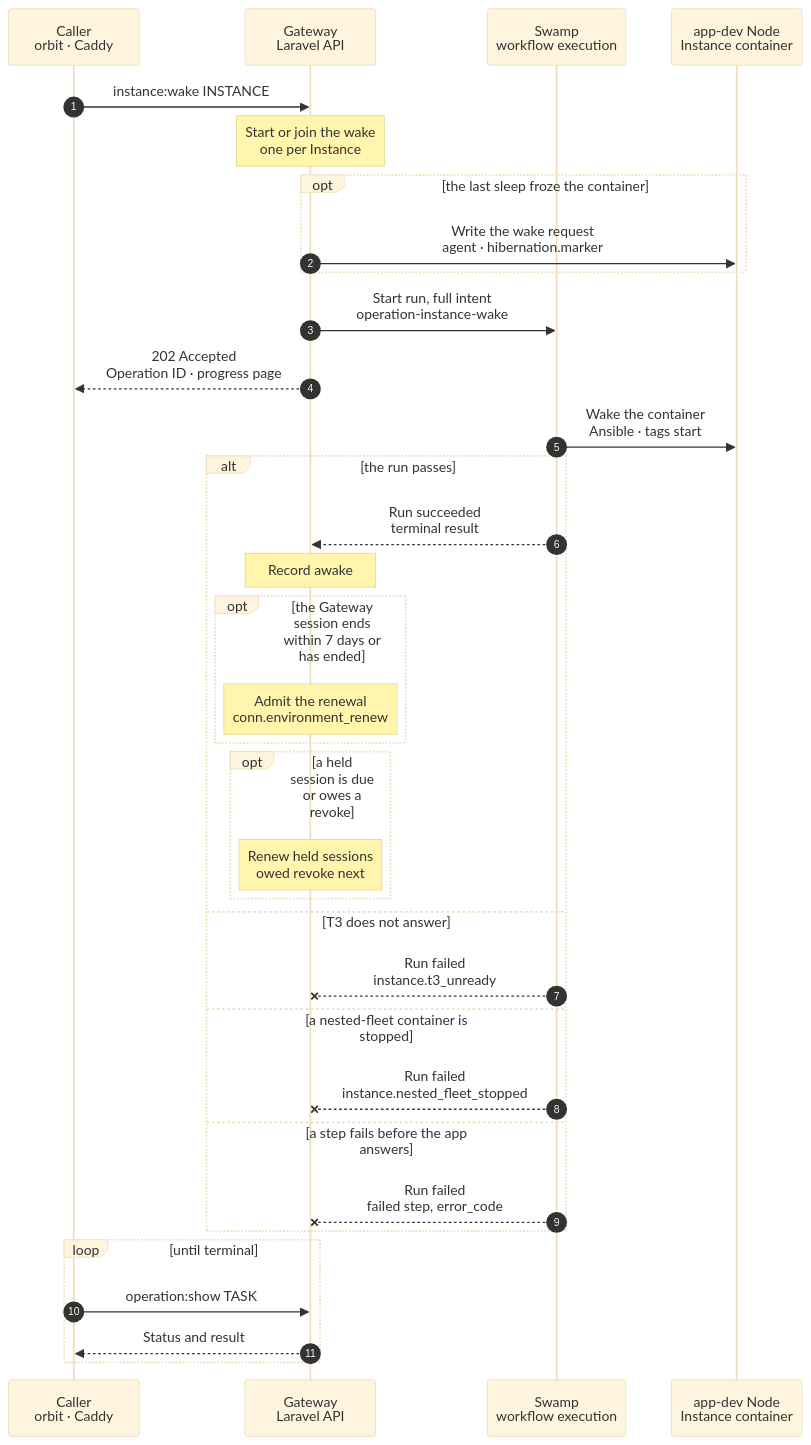
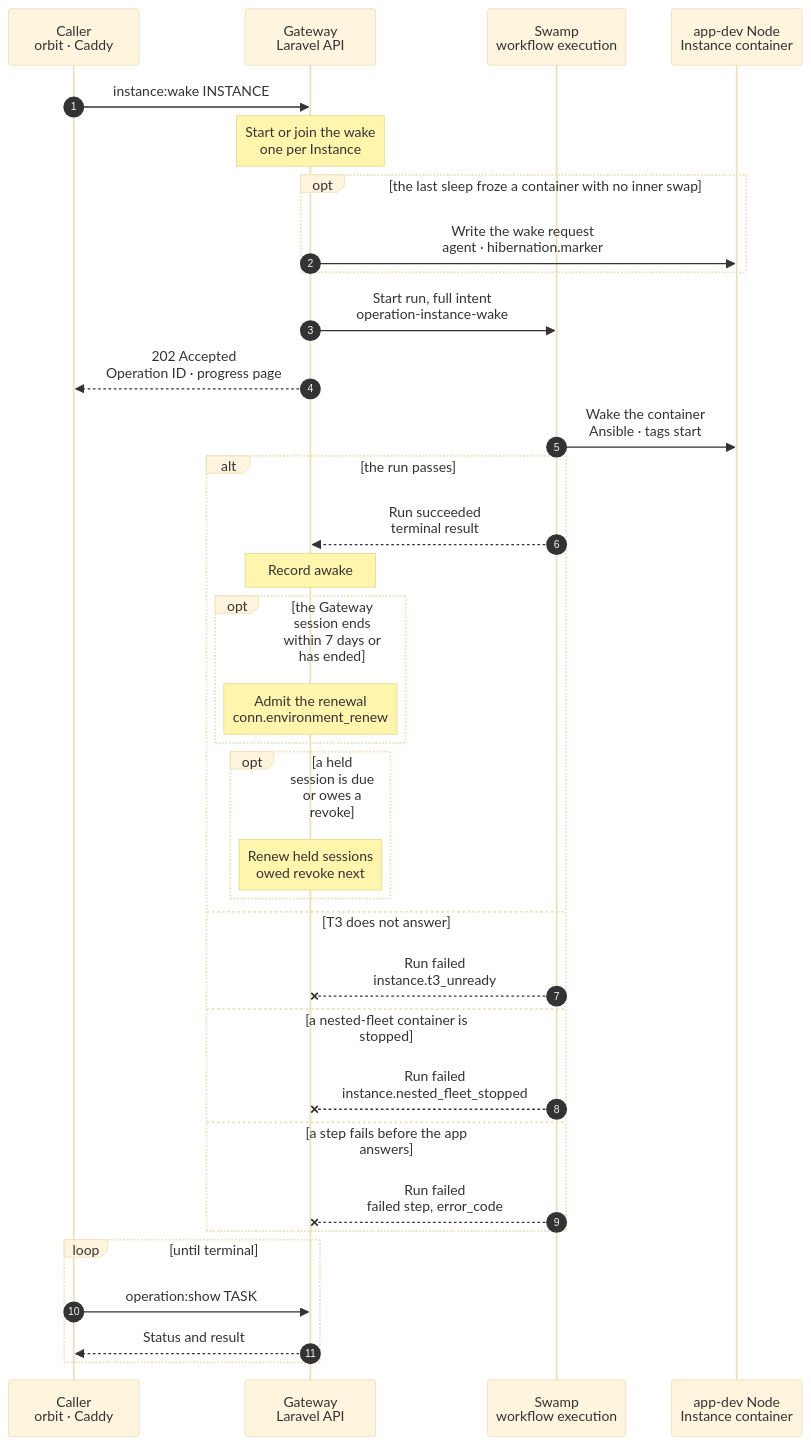
One commit to hardimpactdev/orbit changed the diagram in docs/cli/instance/wake.mmd. Above: the diagram before and after it, drawn with Mermaid (base theme). The commit also changed 6 other files, not shown here.

First line of the commit message:
docs: wake script unchanged, a deployment counts as activity, a vanished cgroup never fails a wake

```diff
--- a/docs/cli/instance/wake.mmd
+++ b/docs/cli/instance/wake.mmd
@@ -1,131 +1,133 @@
 sequenceDiagram
   %% Container runtime (ADR 0250 step 8, docs/reference/development-containers.md#sleep-and-wake): resume a sleeping development container, or start one that was stopped. Defaults and nested-fleet Instances wake under the same rule as clones (owner decision 2026-11-14); a stopped nested-fleet Instance is never booted here. A request to its Route admits the same kind through the runtime activation endpoint of docs/reference/app-dev-runtime-hibernation.md#wake.
   %% status: draft
   %% command: instance:wake
   %% kind: instance.wake
   autonumber
   %% lane CL icon=terminal pill=caller tone=gray
   %% lane GW icon=gateway pill=intent tone=blue
   %% lane SW icon=workflow pill=executes tone=green
   %% lane N icon=server pill=target tone=amber
   participant CL as Caller<br/>orbit · Caddy
   participant GW as Gateway<br/>Laravel API
   participant SW as Swamp<br/>workflow execution
   participant N as app-dev Node<br/>Instance container
   CL->>GW: instance:wake INSTANCE
   %%> Command:
   %%> - `orbit instance:wake INSTANCE`
   %%> - syntax: `<instance-id> [--json]`
   %%> Callers:
   %%> - the command
   %%> - Caddy on the Instance's Node, when a request finds the asleep marker: `GET runtime-activations/app-instance/ID`
   %%> - planned: a Conn device that opens the T3 server, and the task flow before a turn on an attached Instance
   %%> - not needed by a copy: a clone or task copy of an asleep default copies its seed snapshot
   %%> - a deployment of a sleeping Instance resumes or starts it in its own run, and removes the marker there
   %%> Requirements:
   %%> - the caller is the Instance's Node or has node access to it
   Note over GW: Start or join the wake<br/>one per Instance
   %%> When:
   %%> - an active development container, a default and a nested-fleet Instance included
   %%> - a nested-fleet Instance takes the wake only when its last sleep froze it and no wake since found it stopped; otherwise a nested-fleet clone takes its start (instance/start.mmd) and a nested-fleet default refuses: only its deployment starts it
   %%> Result:
   %%> - an open wake of the Instance is joined: a second caller gets the same Operation, Caddy the same progress page
   %%> - after a failed wake, Caddy gets the failure page with Try again until a retry or the command starts a new wake
   %%> On failure:
   %%> - no container, a non-development Instance, a nested-fleet default whose last sleep did not freeze it, or other lifecycle work starts no run
-  opt the last sleep froze the container
+  opt the last sleep froze a container with no inner swap
     %% path: resume
     GW->>N: Write the wake request<br/>agent · hibernation.marker
     %%> What it does:
     %%> - the Operation is recorded without its run; the Node calls run after its commit
     %%> - the frozen agent's `hibernation.marker` writes `/dev/shm/orbit/hibernation/app-instance-<id>.wake`; only root writes in that folder
-    %%> - the app-dev role's script, started by a systemd path unit, acts only on `instance-<id>` of `orbit-instances` or `orbit-instances-nested` found Frozen with its asleep marker and a request under 1 s old: `incus resume`, `memory.swap.max` 0 on the container's cgroup and on each cgroup the sleep recorded in `app-instance-<id>.swap`, one request to FrankenPHP for an answer below 500 (1.5 s at most), then it removes the marker, writes `app-instance-<id>.resumed`, and rebuilds a stale library cache and CA bundle as the run does
+    %%> - the app-dev role's script, started by a systemd path unit, acts only on `instance-<id>` of `orbit-instances` found Frozen with its asleep marker and a request under 1 s old: `incus resume`, `memory.swap.max` 0 on the container's cgroup, one request to FrankenPHP for an answer below 500 (1.5 s at most), then it removes the marker, writes `app-instance-<id>.resumed`, and rebuilds a stale library cache and CA bundle as the run does
     %%> - the Gateway reads the request folder and the marker with `hibernation.times` until the resume shows, within 3 s
+    %%> When:
+    %%> - not for a nested-fleet Instance, and not when the last sleep opened inner cgroups (its result's `swap_subtree` above 0): the script closes only the container's own cgroup, and a change to it needs an `app-dev` converge; these wakes take the run
     %%> Why:
     %%> - measured on a frozen clone: the resume takes 0.02 s and the web probe 0.4 s, but the run's start-up and playbook took 8-13 s of the 9-19 s a visitor waited
     %%> - the agent stays frozen (ADR 0253): two of its existing commands carry the request and the answer
     %%> Result:
     %%> - resumed: the Operation succeeds here with `wake: resumed`, `trigger_seconds` and `confirm_seconds`; `power_state` is `running`; Conn's renewal below runs as after a run
     %%> - Caddy gets 307 to the same path: the browser sends the request again, with its method and body, and gets the app
     %%> - an API caller gets 202 with the ended Operation
     %%> - a caller who joins this wake waits for it up to the bound, then gets the same answer
     %%> On failure:
     %%> - the Node has no script (its first read also asks for it; the Node then skips this path for 10 minutes), the script declined (another state, FrankenPHP silent), an agent call or the Gateway failed, or the bound passed: the Gateway removes the request, and the same Operation starts the run below
     %%> - a Gateway worker that dies here: a delayed start runs the same Operation's run 15 s later
     %%> - a cancel during the resume keeps the Operation cancelled
   end
   GW->>SW: Start run, full intent<br/>operation-instance-wake
   GW-->>CL: 202 Accepted<br/>Operation ID · progress page
   SW->>N: Wake the container<br/>Ansible · tags start
   %%> What it does:
-  %%> - Frozen: `incus resume`, `memory.swap.max` back to 0 on the container's cgroup and on each cgroup the sleep recorded, FrankenPHP gets 10 tries 1 s apart; nothing boots and nothing converges, `wake: resumed`
+  %%> - Frozen: `incus resume`, `memory.swap.max` back to 0 on the container's cgroup and on each cgroup of the swap record that still exists (a short-lived unit's cgroup may be gone; that never fails the wake), FrankenPHP gets 10 tries 1 s apart; nothing boots and nothing converges, `wake: resumed`
   %%> - a nested-fleet Instance resumes with its inner fleet, `wg-nested` and the Club key in /run: a freeze keeps them, so the wake starts and checks no fleet
   %%> - Frozen and FrankenPHP silent: `incus stop --force`, then the boot below, `wake: restarted_after_resume`; a nested-fleet Instance is never stopped: the wake fails `instance.web_unready`
   %%> - Stopped (after a host reboot or a sleep that fell back to a stop): the boot below, `wake: started`; a nested-fleet Instance is never booted here: see the branch below
   %%> - Running (after a reboot with `boot.autostart`): no start and no resume, `wake: already_running`
   %%> - a Frozen container without the marker is resumed; the result says `marker_found: false`
   %%> - before the boot, the presented machine name: a stopped container gets `/etc/hostname`, `/etc/machine-info` and the `127.0.1.1` line of `/etc/hosts` through the file API before the boot, so the boot gives the kernel and T3 the name; a running or frozen container gets nothing, and nothing restarts
   %%> - boot: `incus start`; nftables, T3, FrankenPHP and the enabled Process units start with the container
   %%> - waits until each desired-running unit is active, then until FrankenPHP answers, else `instance.web_unready`
   %%> - a 5xx answer gets up to 5 s to clear; an app that answers 5xx by itself is then served as it is
   %%> - removes the asleep marker, so Caddy sends the next request to the app
   %%> - then rebuilds the container's library cache with `ldconfig -X` when it lacks a soname of the runtime folder (a converge cannot exec in a frozen container); a failed check fails nothing
   %%> - then runs `update-ca-certificates` when the CA bundle lacks the container's Orbit root (the converge writes the root's file, but a frozen container refuses the exec); a container without the file skips it
   %%> - then waits up to 30 s for T3's environment endpoint in an Instance with a T3 server, else `instance.t3_unready`; a default has none and ends with the app
   %%> Why:
   %%> - one playbook: a second Ansible start costs about 4 s on the visitor's path
   %%> - the visitor waits for the app, not for T3; T3 gates only the Operation's end
   %%> - unit enablement holds each Process's desired state, so a stopped Process stays stopped
   %%> When:
   %%> - the marker part runs only in a start whose intent names the marker; a deployment's start has none
   alt the run passes
     %% path: main
     SW-->>GW: Run succeeded<br/>terminal result
     Note over GW: Record awake
     %%> Result:
     %%> - the runtime's `power_state` is `running`; the Conn layer shows the T3 server awake
     %%> - the result names the path, `marker_found`, and a resume's `resume_seconds` and `web_probe_seconds`
     %%> - the progress page loads the original path
     opt the Gateway session ends within 7 days or has ended
       Note over GW: Admit the renewal<br/>conn.environment_renew
       %%> When:
       %%> - after the wake's transaction; it never fails the wake
       %%> What it does:
       %%> - see conn/environment-renew.mmd; the run needs no old session, so a session that ended during the sleep renews too
     end
     opt a held session is due or owes a revoke
       Note over GW: Renew held sessions<br/>owed revoke next
       %%> When:
       %%> - after the wake's transaction, while the Gateway session has not ended; it never fails the wake
       %%> What it does:
       %%> - see conn/session-hold.mmd: one renewal per held session that ends within seven days
       %%> - and the server's next owed held revoke (conn/pairing-revoke.mmd), which waited while the Instance slept
     end
   else T3 does not answer
     %% path: t3-unready
     SW--xGW: Run failed<br/>instance.t3_unready
     %%> Result:
     %%> - the Operation fails; the marker is gone and the Route serves the app
     %%> - the runtime's `power_state` is `running`, because the container runs
     %%> Retry:
     %%> - the same command; a start of a running container changes nothing
   else a nested-fleet container is stopped
     %% path: nested-stopped
     SW--xGW: Run failed<br/>instance.nested_fleet_stopped
     %%> Why:
     %%> - a host reboot or a stop ended the freeze; a boot without the Club key and `wg-nested` gives a fleet that cannot pass Doctor
     %%> Result:
     %%> - nothing boots; the marker stays and `power_state` stays `stopped`
     %%> - the sleep no longer counts as frozen: the next wake of a clone takes its start, which removes the marker; a default starts only by its deployment
   else a step fails before the app answers
     %% path: failed
     SW--xGW: Run failed<br/>failed step, error_code
     %%> Result:
     %%> - the asleep marker stays; the Route shows the failure page with Try again
     %%> Retry:
     %%> - Try again or the same command; a start of a running container changes nothing
   end
   loop until terminal
     CL->>GW: operation:show TASK
     GW-->>CL: Status and result
   end
```
